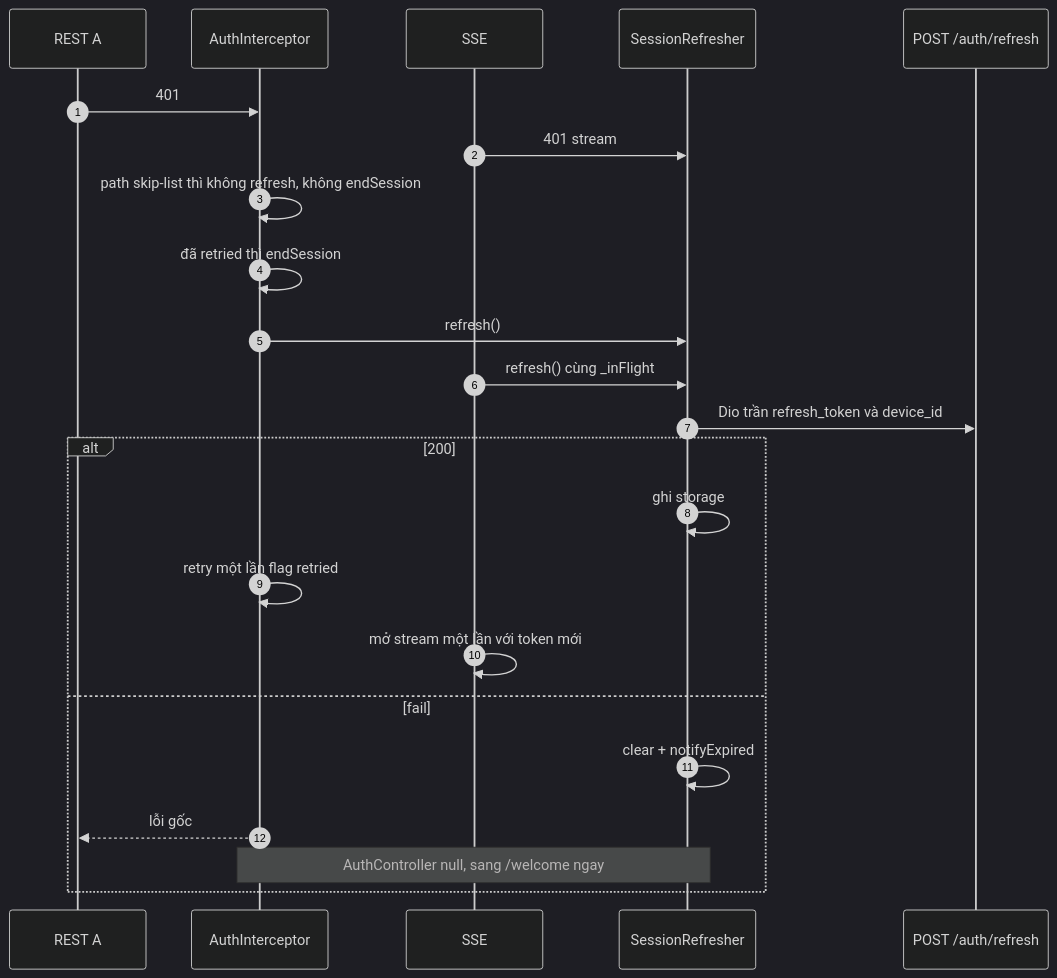
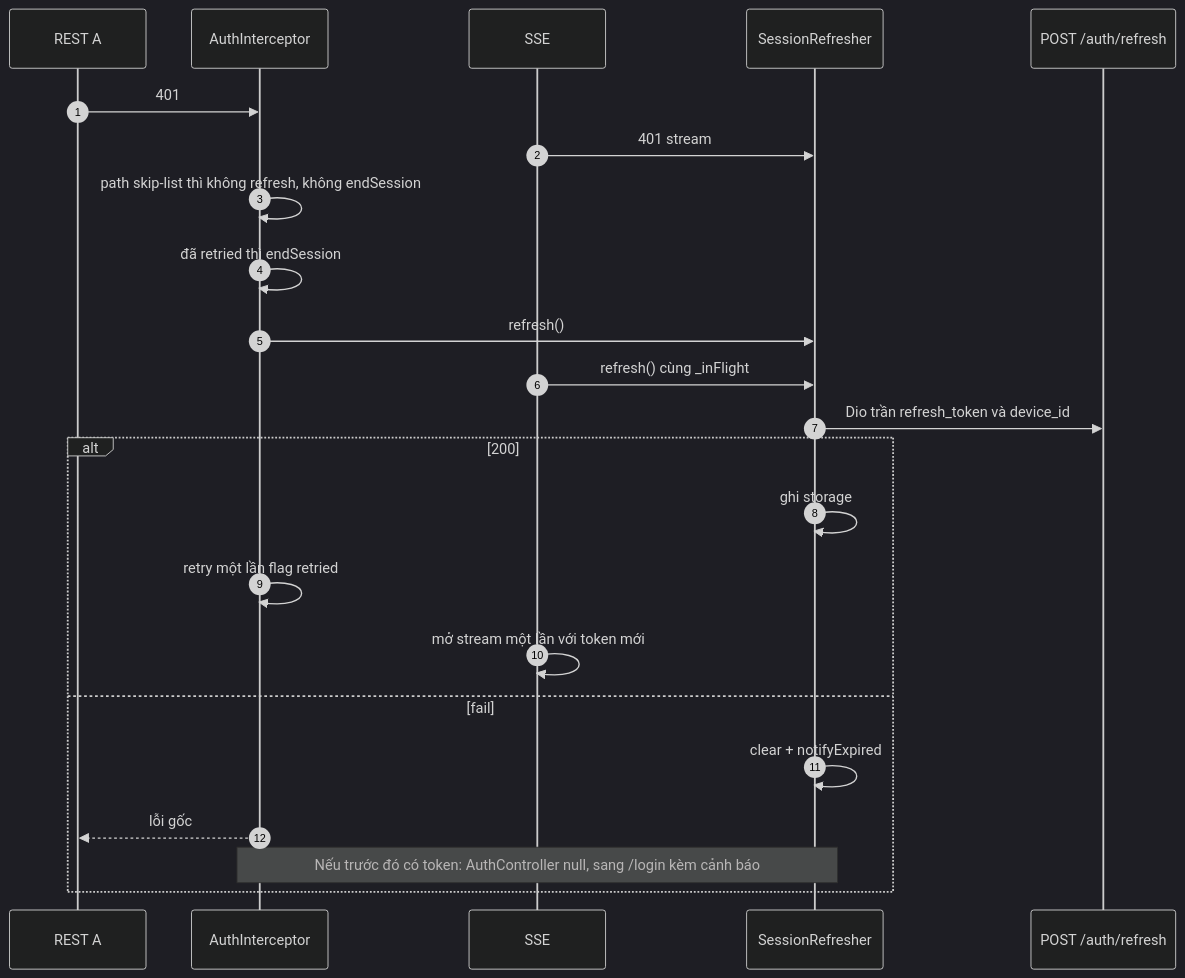
The third of 6 diagrams in flow/07-app-startup-network.md (FintechVSF-Tranning/PaySplit-RP), drawn with Mermaid (dark theme) before and after one commit. The commit also changed other lines of this file and 11 other files, not shown here.

First line of the commit message:
docs: Update flow documentation and reports for synchronization on 06/09/2026

````diff
--- a/flow/07-app-startup-network.md
+++ b/flow/07-app-startup-network.md
@@ -172,26 +175,26 @@
 ```mermaid
 sequenceDiagram
     autonumber
     participant A as REST A
     participant I as AuthInterceptor
     participant S as SSE
     participant SR as SessionRefresher
     participant BE as POST /auth/refresh
 
     A->>I: 401
     S->>SR: 401 stream
     I->>I: path skip-list thì không refresh, không endSession
     I->>I: đã retried thì endSession
     I->>SR: refresh()
     S->>SR: refresh() cùng _inFlight
     SR->>BE: Dio trần refresh_token và device_id
     alt 200
         SR->>SR: ghi storage
         I->>I: retry một lần flag retried
         S->>S: mở stream một lần với token mới
     else fail
         SR->>SR: clear + notifyExpired
         I-->>A: lỗi gốc
-        Note over I,SR: AuthController null, sang /welcome ngay
+        Note over I,SR: Nếu trước đó có token: AuthController null, sang /login kèm cảnh báo
     end
 ```
````
